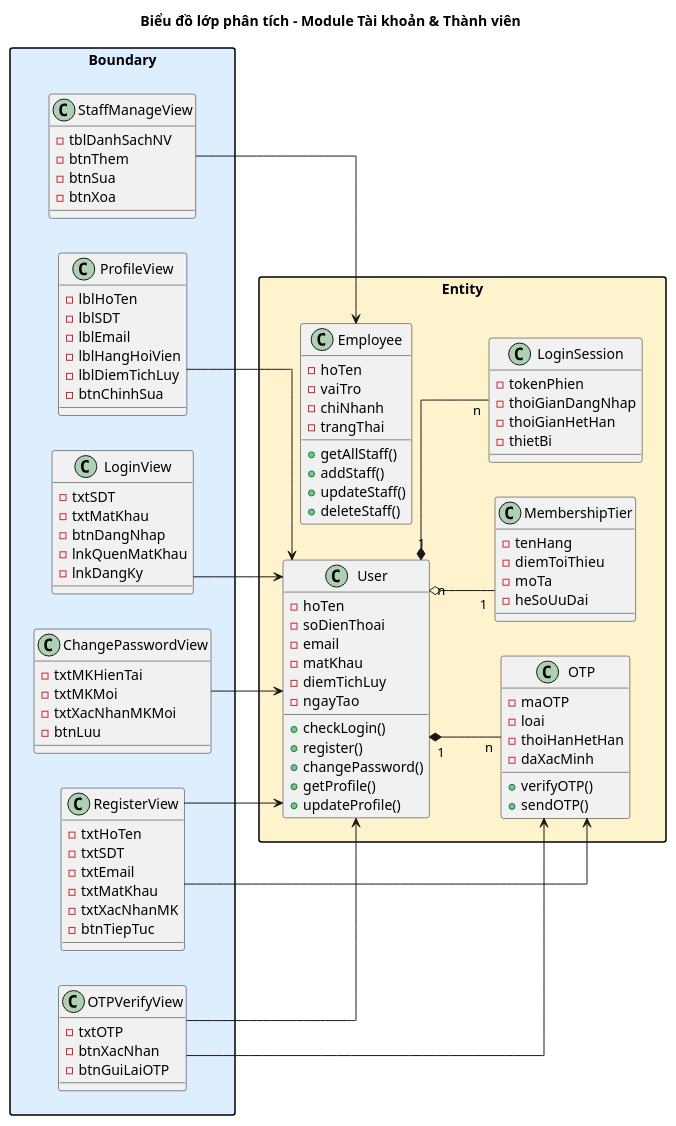
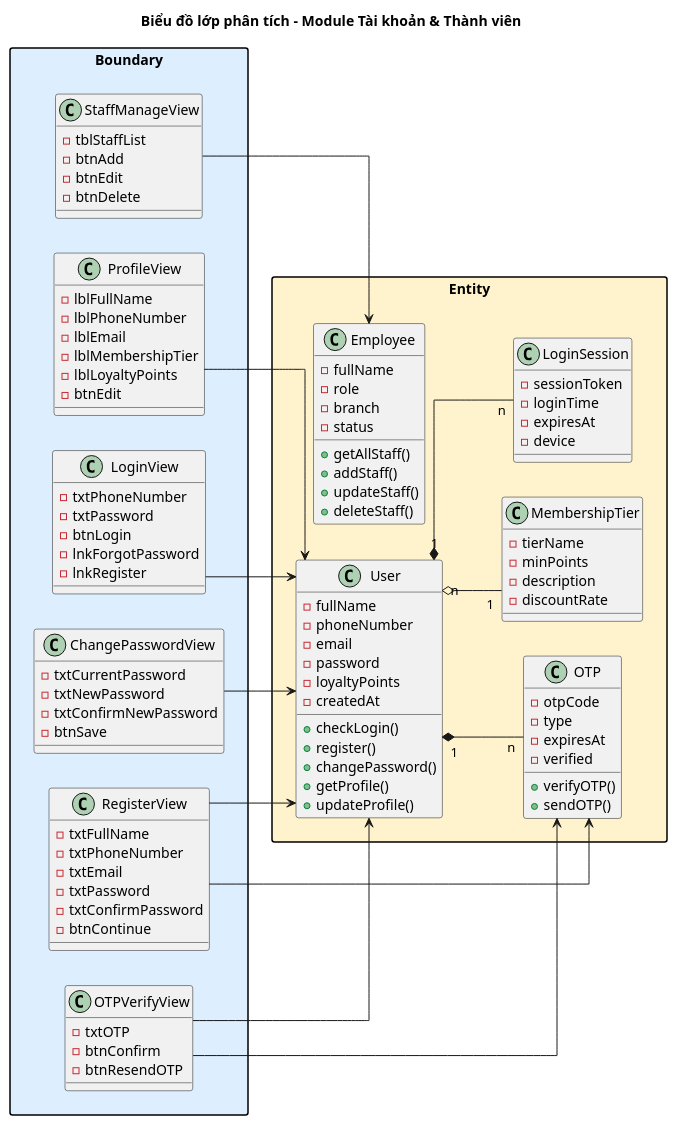
One commit to thanhtrnnn/cnpm changed the second of 7 diagrams in docs/tabs/section-account-ii.md. Above: the diagram before and after it, drawn with PlantUML. The commit also changed other lines of this file and 21 other files, not shown here.

```diff
--- a/docs/tabs/section-account-ii.md
+++ b/docs/tabs/section-account-ii.md
@@ -237,44 +237,44 @@
 package "Boundary" #DDEEFF {
   together {
     class LoginView {
-      -txtSDT
-      -txtMatKhau
-      -btnDangNhap
-      -lnkQuenMatKhau
-      -lnkDangKy
+      -txtPhoneNumber
+      -txtPassword
+      -btnLogin
+      -lnkForgotPassword
+      -lnkRegister
     }
     class RegisterView {
-      -txtHoTen
-      -txtSDT
+      -txtFullName
+      -txtPhoneNumber
       -txtEmail
-      -txtMatKhau
-      -txtXacNhanMK
-      -btnTiepTuc
+      -txtPassword
+      -txtConfirmPassword
+      -btnContinue
     }
     class OTPVerifyView {
       -txtOTP
-      -btnXacNhan
-      -btnGuiLaiOTP
+      -btnConfirm
+      -btnResendOTP
     }
     class ChangePasswordView {
-      -txtMKHienTai
-      -txtMKMoi
-      -txtXacNhanMKMoi
-      -btnLuu
+      -txtCurrentPassword
+      -txtNewPassword
+      -txtConfirmNewPassword
+      -btnSave
     }
     class ProfileView {
-      -lblHoTen
-      -lblSDT
+      -lblFullName
+      -lblPhoneNumber
       -lblEmail
-      -lblHangHoiVien
-      -lblDiemTichLuy
-      -btnChinhSua
+      -lblMembershipTier
+      -lblLoyaltyPoints
+      -btnEdit
     }
     class StaffManageView {
-      -tblDanhSachNV
-      -btnThem
-      -btnSua
-      -btnXoa
+      -tblStaffList
+      -btnAdd
+      -btnEdit
+      -btnDelete
     }
   }
 }
@@ -282,12 +282,12 @@
 package "Entity" #FFF3CD {
   together {
     class User {
-      -hoTen
-      -soDienThoai
+      -fullName
+      -phoneNumber
       -email
-      -matKhau
-      -diemTichLuy
-      -ngayTao
+      -password
+      -loyaltyPoints
+      -createdAt
       +checkLogin()
       +register()
       +changePassword()
@@ -295,34 +295,34 @@
       +updateProfile()
     }
     class Employee {
-      -hoTen
-      -vaiTro
-      -chiNhanh
-      -trangThai
+      -fullName
+      -role
+      -branch
+      -status
       +getAllStaff()
       +addStaff()
       +updateStaff()
       +deleteStaff()
     }
     class MembershipTier {
-      -tenHang
-      -diemToiThieu
-      -moTa
-      -heSoUuDai
+      -tierName
+      -minPoints
+      -description
+      -discountRate
     }
     class OTP {
-      -maOTP
-      -loai
-      -thoiHanHetHan
-      -daXacMinh
+      -otpCode
+      -type
+      -expiresAt
+      -verified
       +verifyOTP()
       +sendOTP()
     }
     class LoginSession {
-      -tokenPhien
-      -thoiGianDangNhap
-      -thoiGianHetHan
-      -thietBi
+      -sessionToken
+      -loginTime
+      -expiresAt
+      -device
     }
   }
 }
```
